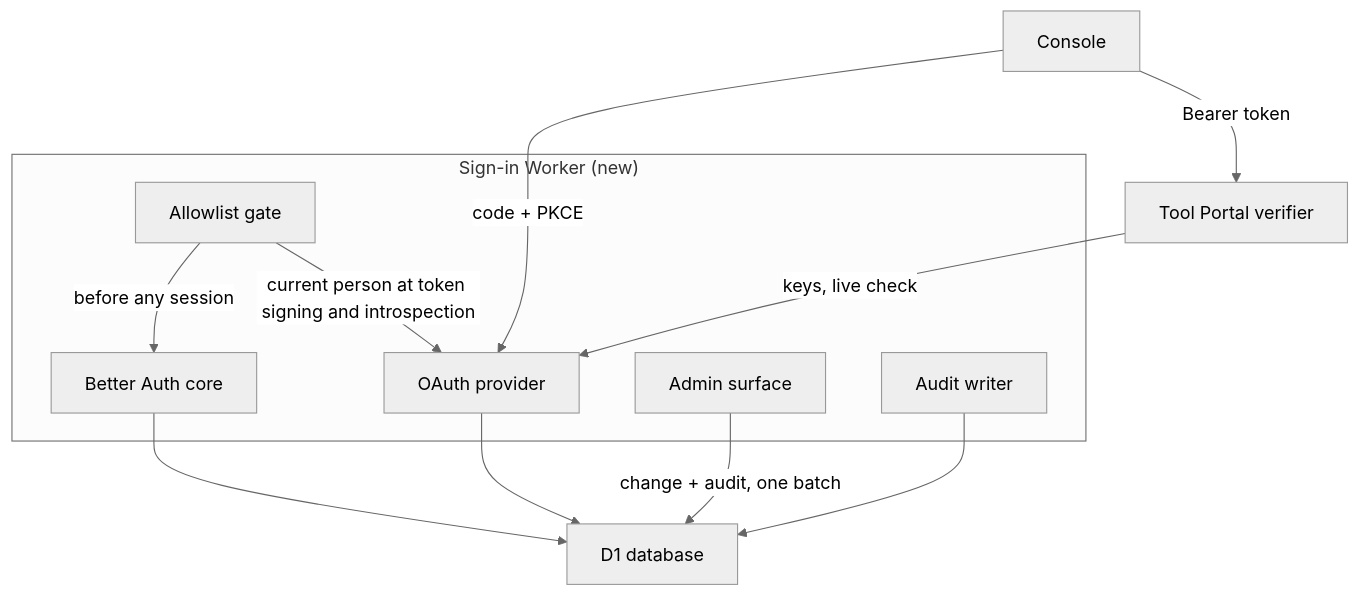
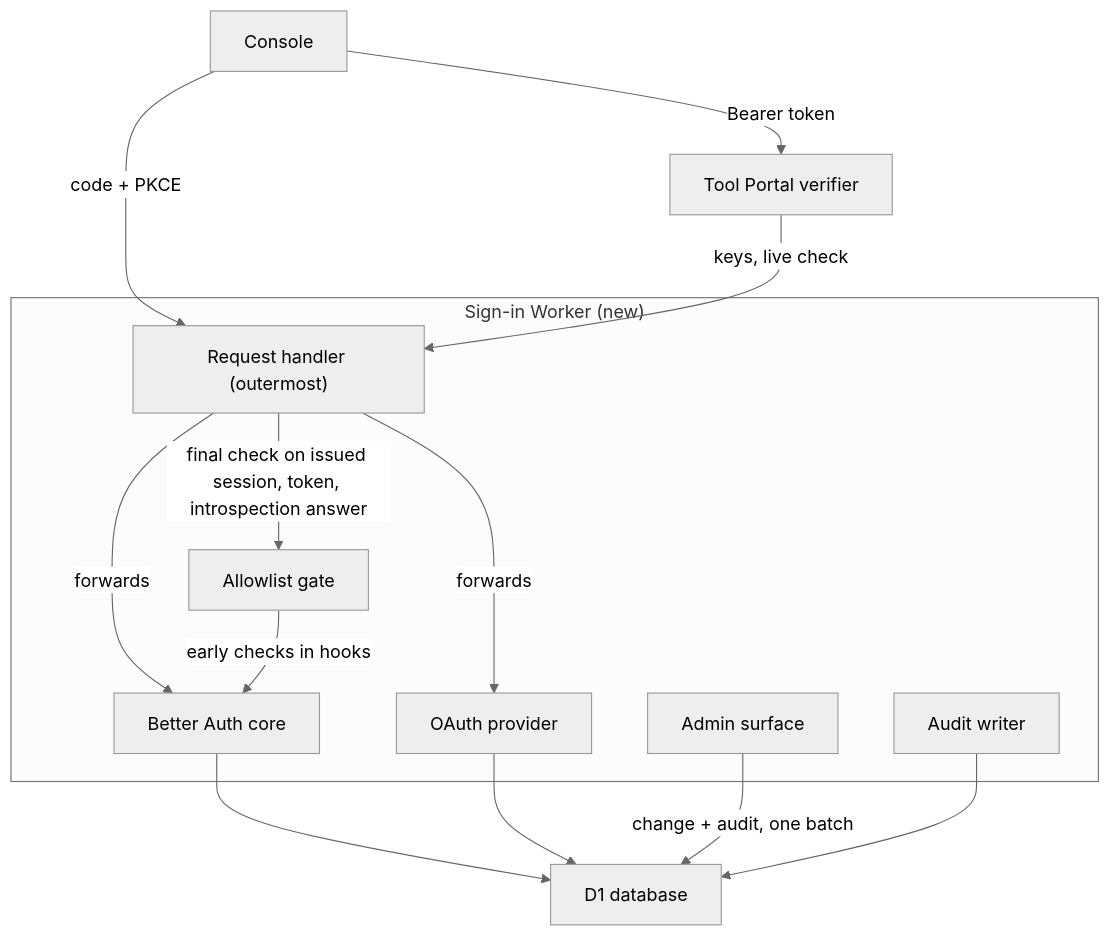
Before and after one commit to ShravanSunder/agent-vm: the first of 3 diagrams in docs/specs/2026-10-20-people-sign-in/program-design.md, drawn with Mermaid (neutral theme). The commit also changed other lines of this file and 5 other files, not shown here.

````diff
--- a/docs/specs/2026-10-20-people-sign-in/program-design.md
+++ b/docs/specs/2026-10-20-people-sign-in/program-design.md
@@ -28,22 +37,25 @@
 ```mermaid
 flowchart TB
   CON["Console"]
   TPV["Tool Portal verifier"]
   subgraph W["Sign-in Worker (new)"]
+    RH["Request handler (outermost)"]
     AL["Allowlist gate"]
     BA["Better Auth core"]
     OP["OAuth provider"]
     AD["Admin surface"]
     AU["Audit writer"]
   end
   DB["D1 database"]
-  CON -->|code + PKCE| OP
+  CON -->|code + PKCE| RH
   CON -->|Bearer token| TPV
-  TPV -->|keys, live check| OP
-  AL -->|before any session| BA
-  AL -->|current person at token signing and introspection| OP
+  TPV -->|keys, live check| RH
+  RH -->|forwards| BA
+  RH -->|forwards| OP
+  RH -->|final check on issued session, token, introspection answer| AL
+  AL -->|early checks in hooks| BA
   BA --> DB
   OP --> DB
   AD -->|change + audit, one batch| DB
   AU --> DB
 ```
````
